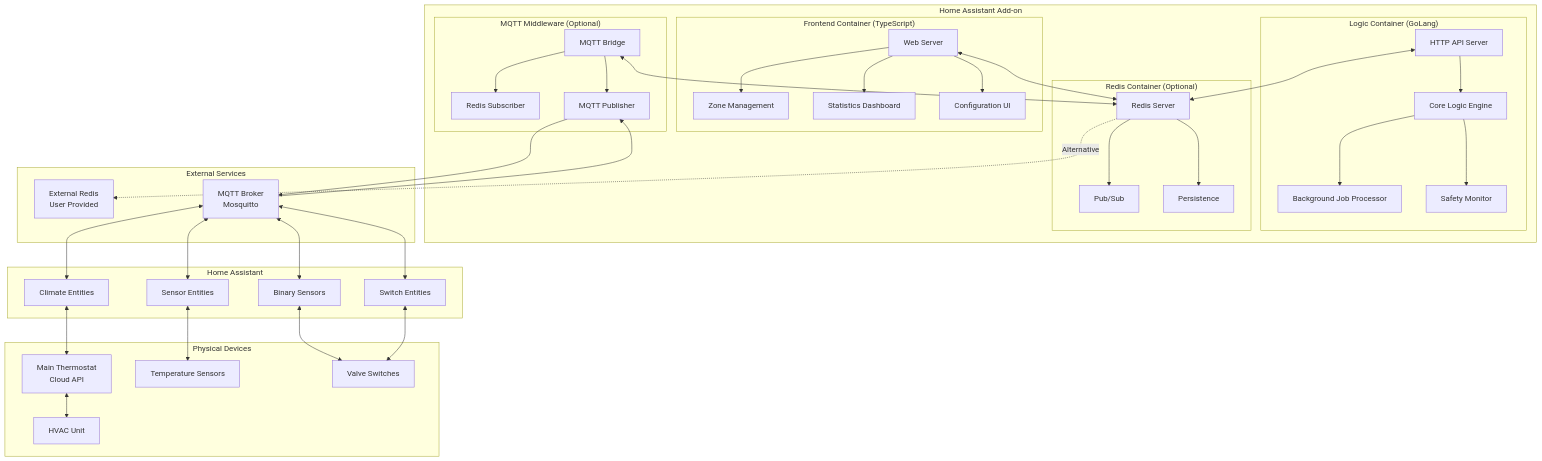
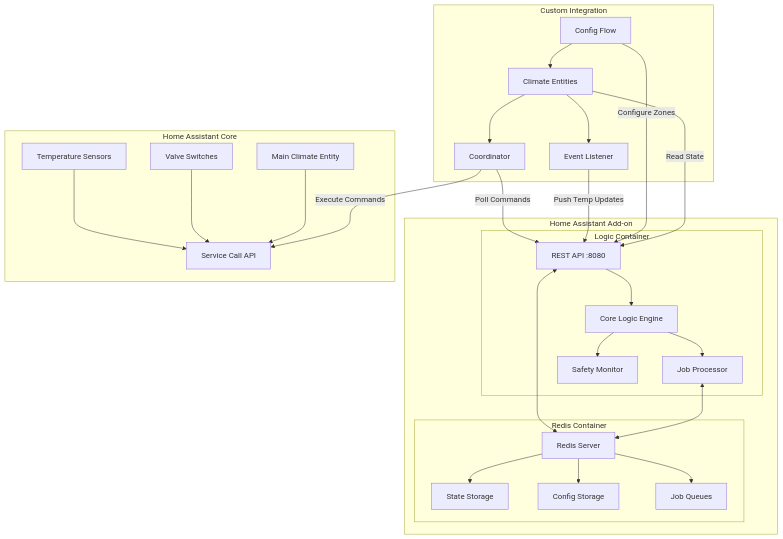
Before and after one commit to Chester929/ha_multizone_climate: the first of 24 diagrams in DIAGRAMS.md, drawn with Mermaid. The commit also changed other lines of this file and 2 other files, not shown here.

Commit message:
Regenerate DIAGRAMS.md for 2-container architecture

````diff
--- a/DIAGRAMS.md
+++ b/DIAGRAMS.md
@@ -95,80 +72,56 @@
 ```mermaid
 graph TB
     subgraph "Home Assistant Add-on"
-        subgraph "Logic Container (GoLang)"
-            LogicAPI[HTTP API Server]
+        subgraph "Logic Container"
+            API[REST API :8080]
             CoreLogic[Core Logic Engine]
-            JobProcessor[Background Job Processor]
+            JobProcessor[Job Processor]
             SafetyMonitor[Safety Monitor]
-            LogicAPI --> CoreLogic
+            API --> CoreLogic
             CoreLogic --> JobProcessor
             CoreLogic --> SafetyMonitor
         end
         
-        subgraph "Frontend Container (TypeScript)"
-            WebServer[Web Server]
-            ZoneMgmt[Zone Management]
-            StatsUI[Statistics Dashboard]
-            ConfigUI[Configuration UI]
-            WebServer --> ZoneMgmt
-            WebServer --> StatsUI
-            WebServer --> ConfigUI
+        subgraph "Redis Container"
+            RedisDB[Redis Server]
+            StateStore[State Storage]
+            ConfigStore[Config Storage]
+            JobQueues[Job Queues]
+            RedisDB --> StateStore
+            RedisDB --> ConfigStore
+            RedisDB --> JobQueues
         end
         
-        subgraph "Redis Container (Optional)"
-            RedisServer[Redis Server]
-            RedisPubSub[Pub/Sub]
-            RedisPersist[Persistence]
-            RedisServer --> RedisPubSub
-            RedisServer --> RedisPersist
-        end
-        
-        subgraph "MQTT Middleware (Optional)"
-            MQTTBridge[MQTT Bridge]
-            RedisSubscriber[Redis Subscriber]
-            MQTTPublisher[MQTT Publisher]
-            MQTTBridge --> RedisSubscriber
-            MQTTBridge --> MQTTPublisher
-        end
+        API <--> RedisDB
+        JobProcessor <--> RedisDB
     end
     
-    subgraph "External Services"
-        ExternalRedis[External Redis<br/>User Provided]
-        MQTTBroker[MQTT Broker<br/>Mosquitto]
+    subgraph "Custom Integration"
+        ConfigFlow[Config Flow]
+        ClimateEntities[Climate Entities]
+        Coordinator[Coordinator]
+        EventListener[Event Listener]
+        
+        ConfigFlow --> ClimateEntities
+        ClimateEntities --> Coordinator
+        ClimateEntities --> EventListener
     end
     
-    subgraph "Home Assistant"
-        ClimateEntities[Climate Entities]
-        SensorEntities[Sensor Entities]
-        BinarySensors[Binary Sensors]
-        SwitchEntities[Switch Entities]
+    subgraph "Home Assistant Core"
+        TempSensors[Temperature Sensors]
+        ValveSwitches[Valve Switches]
+        MainClimate[Main Climate Entity]
+        ServiceCalls[Service Call API]
+        
+        TempSensors --> ServiceCalls
+        ValveSwitches --> ServiceCalls
+        MainClimate --> ServiceCalls
     end
     
-    subgraph "Physical Devices"
-        MainThermostat[Main Thermostat<br/>Cloud API]
-        TempSensors[Temperature Sensors]
-        ValveSwitches[Valve Switches]
-        HVACUnit[HVAC Unit]
-    end
+    Coordinator -->|Poll Commands| API
+    EventListener -->|Push Temp Updates| API
+    Coordinator -->|Execute Commands| ServiceCalls
     
-    LogicAPI <--> RedisServer
-    WebServer <--> RedisServer
-    MQTTBridge <--> RedisServer
-    
-    RedisServer -.Alternative.-> ExternalRedis
-    
-    MQTTPublisher --> MQTTBroker
-    MQTTBroker --> MQTTPublisher
-    
-    MQTTBroker <--> ClimateEntities
-    MQTTBroker <--> SensorEntities
-    MQTTBroker <--> BinarySensors
-    MQTTBroker <--> SwitchEntities
-    
-    ClimateEntities <--> MainThermostat
-    SensorEntities <--> TempSensors
-    BinarySensors <--> ValveSwitches
-    SwitchEntities <--> ValveSwitches
-    
-    MainThermostat <--> HVACUnit
+    ConfigFlow -->|Configure Zones| API
+    ClimateEntities -->|Read State| API
 ```
````
